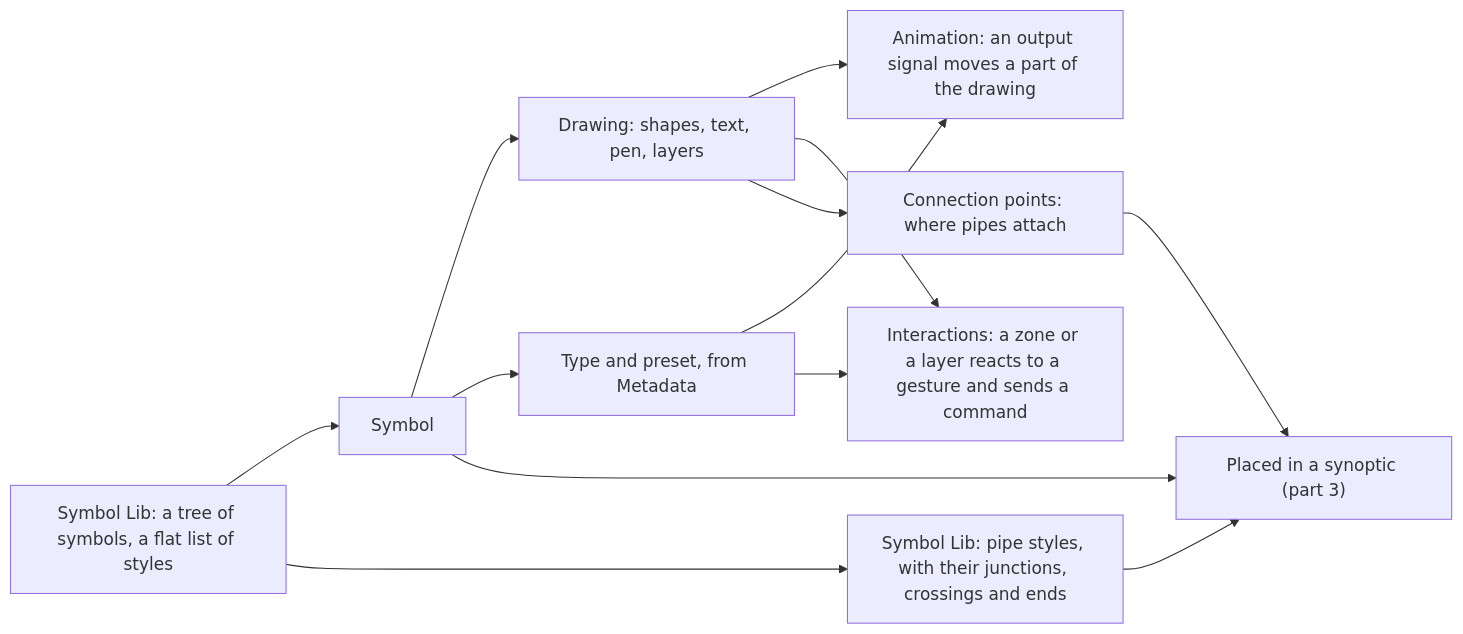
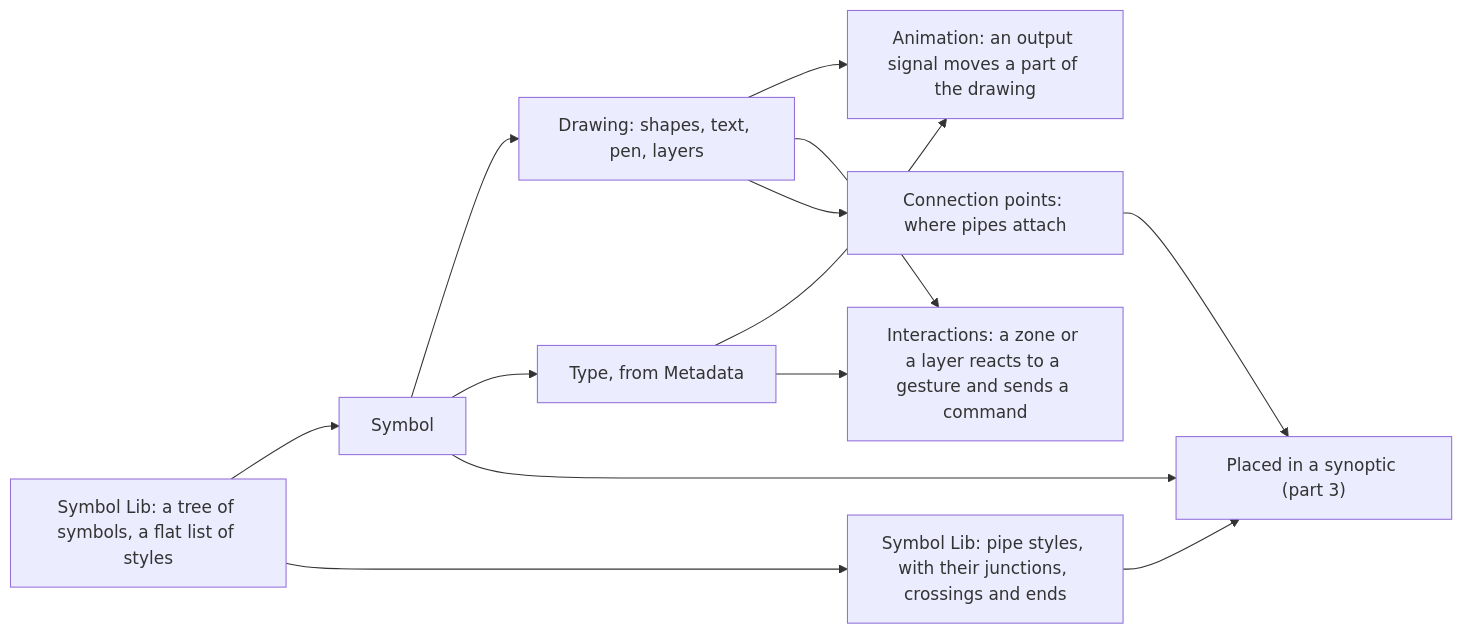
Before and after one commit to AlexandreGallais/synoptic-studio-spec: the diagram in symbols/README.md, drawn with Mermaid. The commit also changed other lines of this file and 65 other files, not shown here.

````diff
--- a/symbols/README.md
+++ b/symbols/README.md
@@ -13,15 +13,15 @@
 ```mermaid
 flowchart LR
     L["Symbol Lib: a tree of symbols, a flat list of styles"] --> S["Symbol"]
     L --> L2
     S --> D["Drawing: shapes, text, pen, layers"]
-    S --> T["Type and preset, from Metadata"]
+    S --> T["Type, from Metadata"]
     D --> A["Animation: an output signal moves a part of the drawing"]
     D --> I["Interactions: a zone or a layer reacts to a gesture and sends a command"]
     T --> A
     T --> I
     S --> Y["Placed in a synoptic (part 3)"]
     D --> K["Connection points: where pipes attach"]
     L2["Symbol Lib: pipe styles, with their junctions, crossings and ends"] --> Y
     K --> Y
 ```
````
